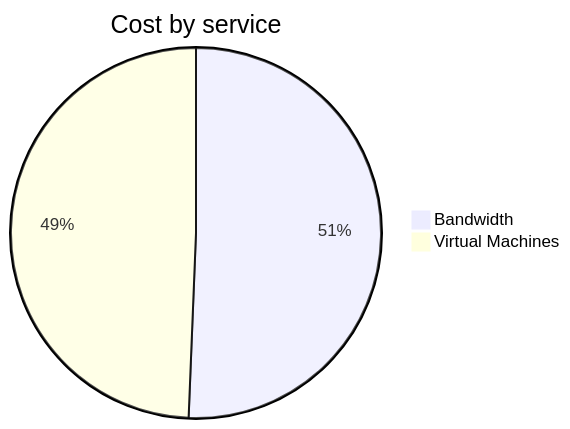
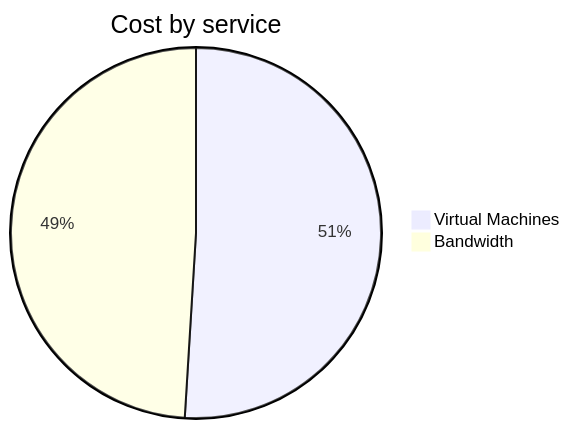
Before and after one commit to jpfulton/azure-personal-reports: the second of 4 diagrams in cost-reports/personal-network/vpn-server.md, drawn with Mermaid. The commit also changed other lines of this file and 8 other files, not shown here.

````diff
--- a/cost-reports/personal-network/vpn-server.md
+++ b/cost-reports/personal-network/vpn-server.md
@@ -96,6 +96,6 @@
 ```mermaid
 pie
    title Cost by service
+   "Virtual Machines" : 2.90
    "Bandwidth" : 2.79
-   "Virtual Machines" : 2.72
 ```
````
